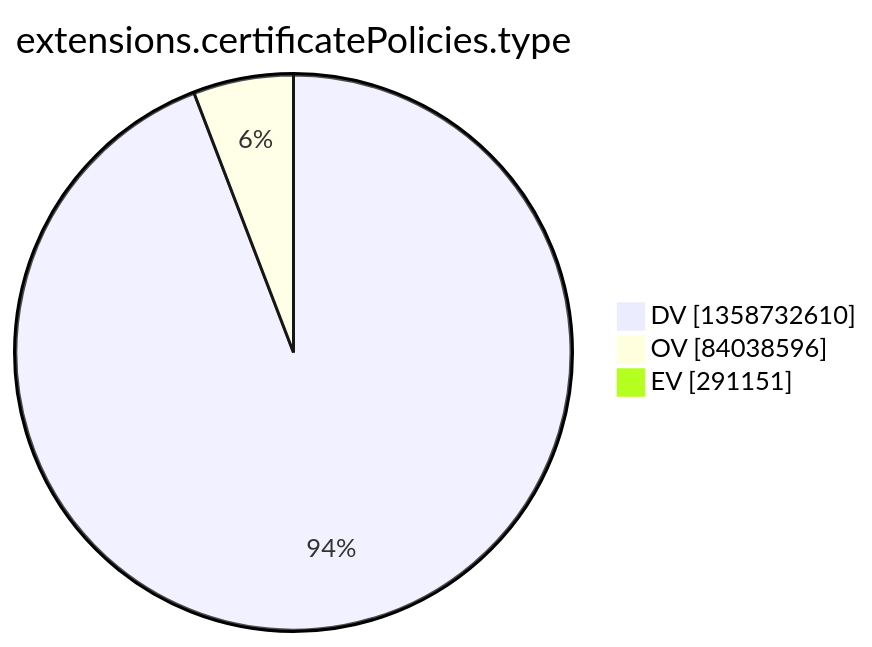
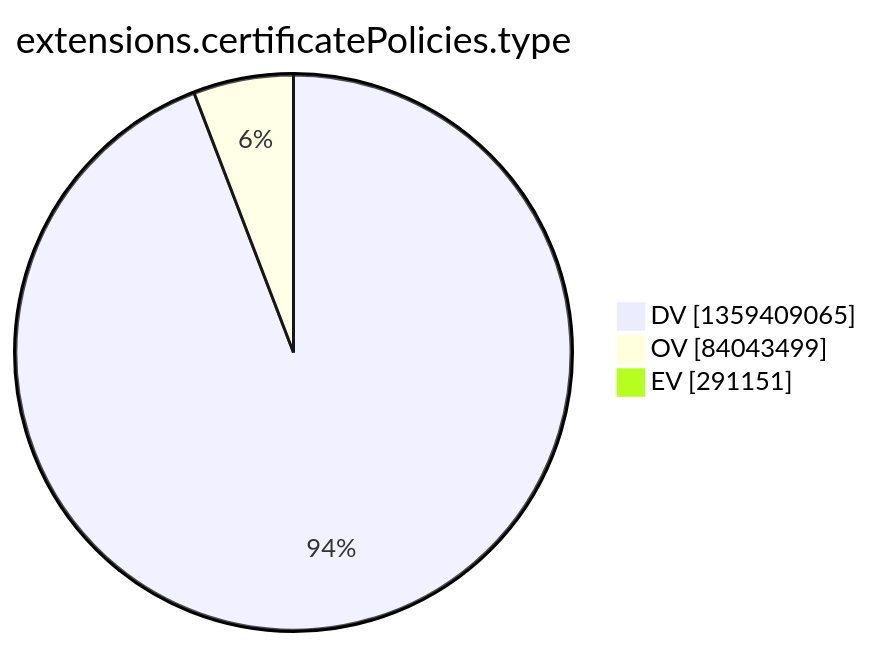
The tenth of 15 diagrams in argon2022/README.md (christiankrug/ctmonitor_visualization), drawn with Mermaid before and after one commit. The commit also changed other lines of this file, not shown here.

````diff
--- a/argon2022/README.md
+++ b/argon2022/README.md
@@ -2773,7 +2773,7 @@
 ```mermaid
 pie showData
 title extensions.certificatePolicies.type
-"DV" :1358732610
-"OV" :84038596
+"DV" :1359409065
+"OV" :84043499
 "EV" :291151
 ```
````
